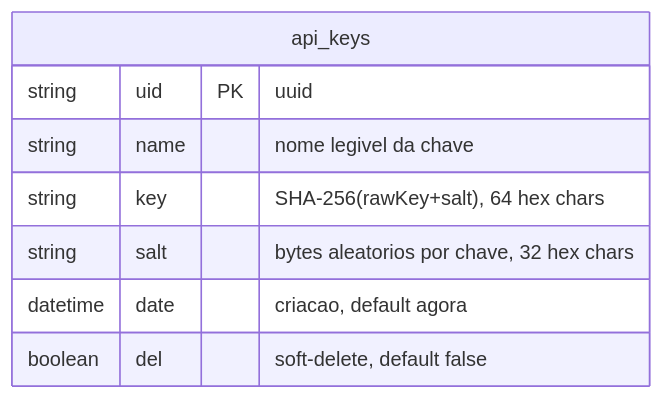
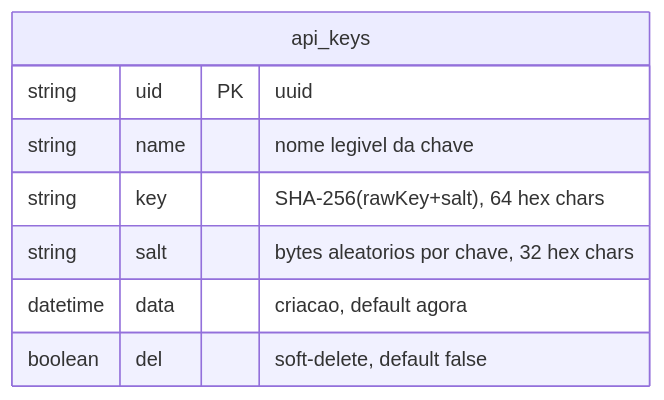
The diagram in docs/codebase/erd/api-keys.md (adaptwebtech/whiz-gateway), drawn with Mermaid before and after one commit. The commit also changed other lines of this file and 27 other files, not shown here.

````diff
--- a/docs/codebase/erd/api-keys.md
+++ b/docs/codebase/erd/api-keys.md
@@ -5,11 +5,11 @@
 ```mermaid
 erDiagram
     api_keys {
         string uid PK "uuid"
         string name "nome legivel da chave"
         string key "SHA-256(rawKey+salt), 64 hex chars"
         string salt "bytes aleatorios por chave, 32 hex chars"
-        datetime date "criacao, default agora"
+        datetime data "criacao, default agora"
         boolean del "soft-delete, default false"
     }
 ```
````
